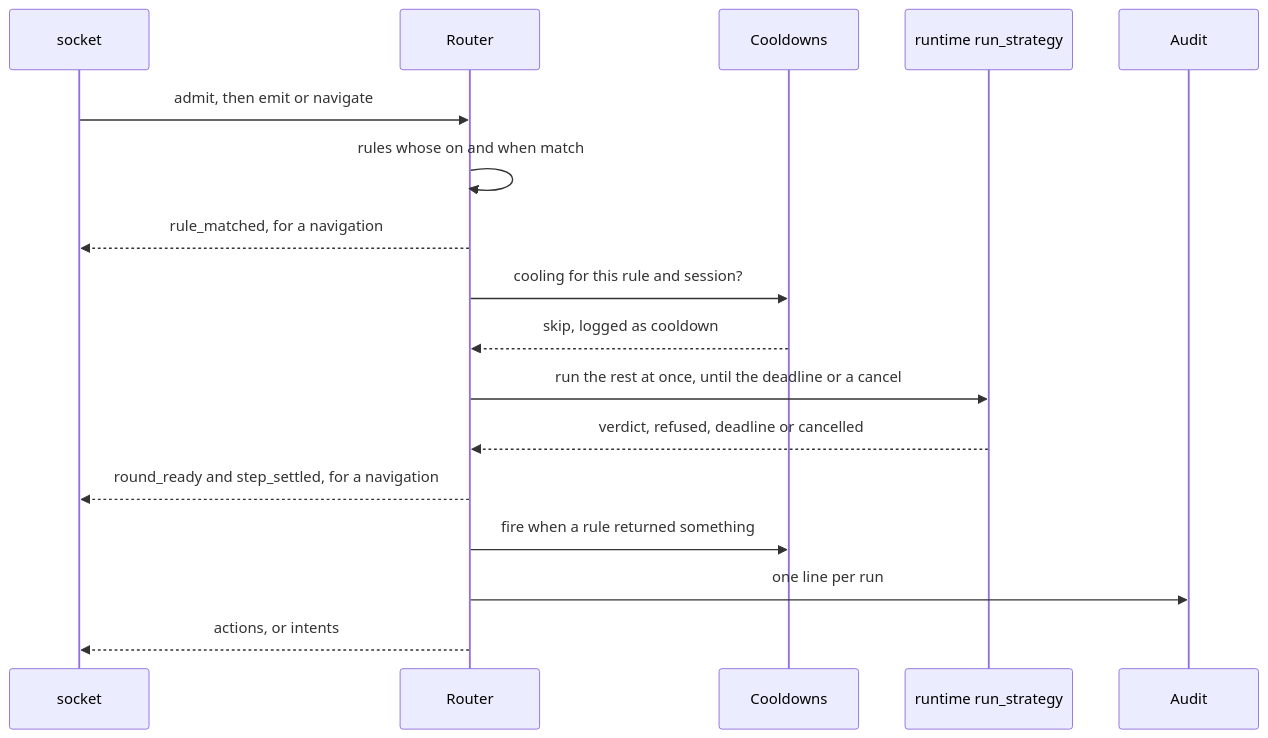
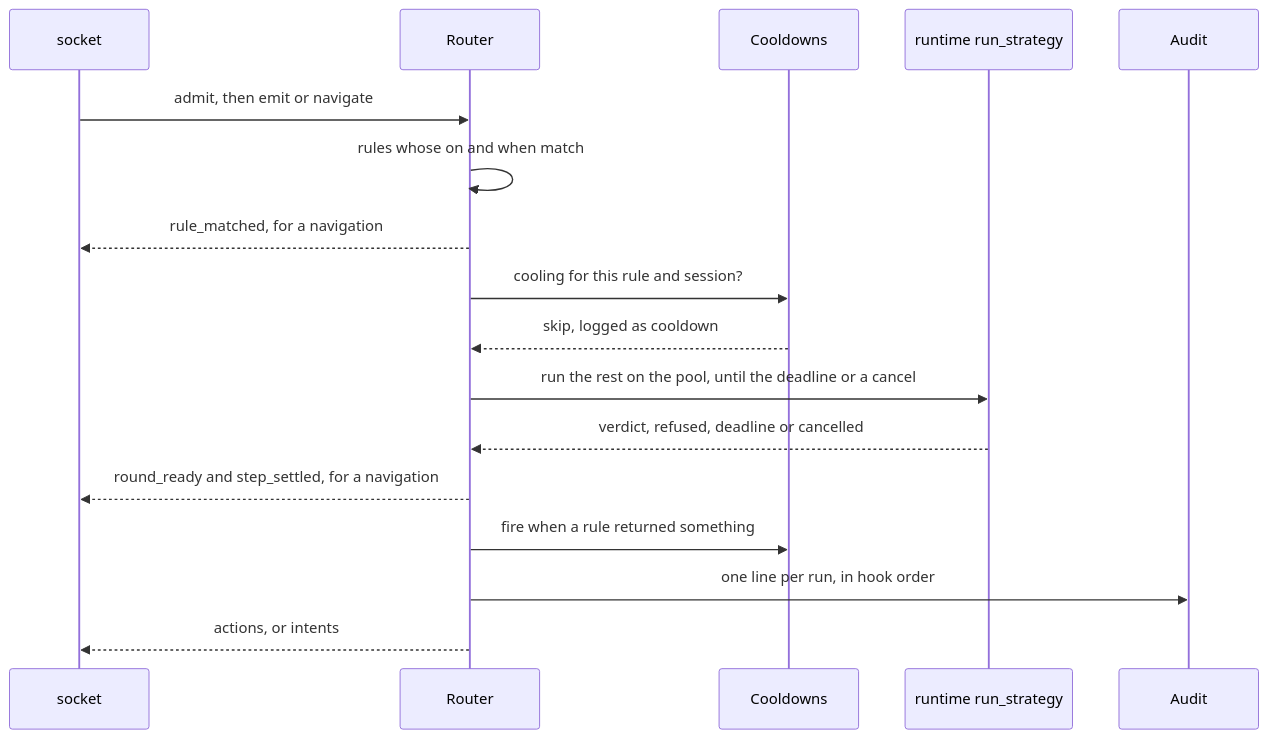
The diagram in crates/daemon/src/route/README.md (wrkhse/chauffeur), drawn with Mermaid before and after one commit. The commit also changed other lines of this file and 8 other files, not shown here.

Commit message:
fix(daemon): idle out a connection after its calls, free a call's place on every path, run nothing for a notification, answer every cancelled call, and bound rule runs on the pool

````diff
--- a/crates/daemon/src/route/README.md
+++ b/crates/daemon/src/route/README.md
@@ -14,19 +14,19 @@
 ```mermaid
 sequenceDiagram
     participant S as socket
     participant R as Router
     participant C as Cooldowns
     participant W as runtime run_strategy
     participant A as Audit
     S->>R: admit, then emit or navigate
     R->>R: rules whose on and when match
     R-->>S: rule_matched, for a navigation
     R->>C: cooling for this rule and session?
     C-->>R: skip, logged as cooldown
-    R->>W: run the rest at once, until the deadline or a cancel
+    R->>W: run the rest on the pool, until the deadline or a cancel
     W-->>R: verdict, refused, deadline or cancelled
     R-->>S: round_ready and step_settled, for a navigation
     R->>C: fire when a rule returned something
-    R->>A: one line per run
+    R->>A: one line per run, in hook order
     R-->>S: actions, or intents
 ```
````
